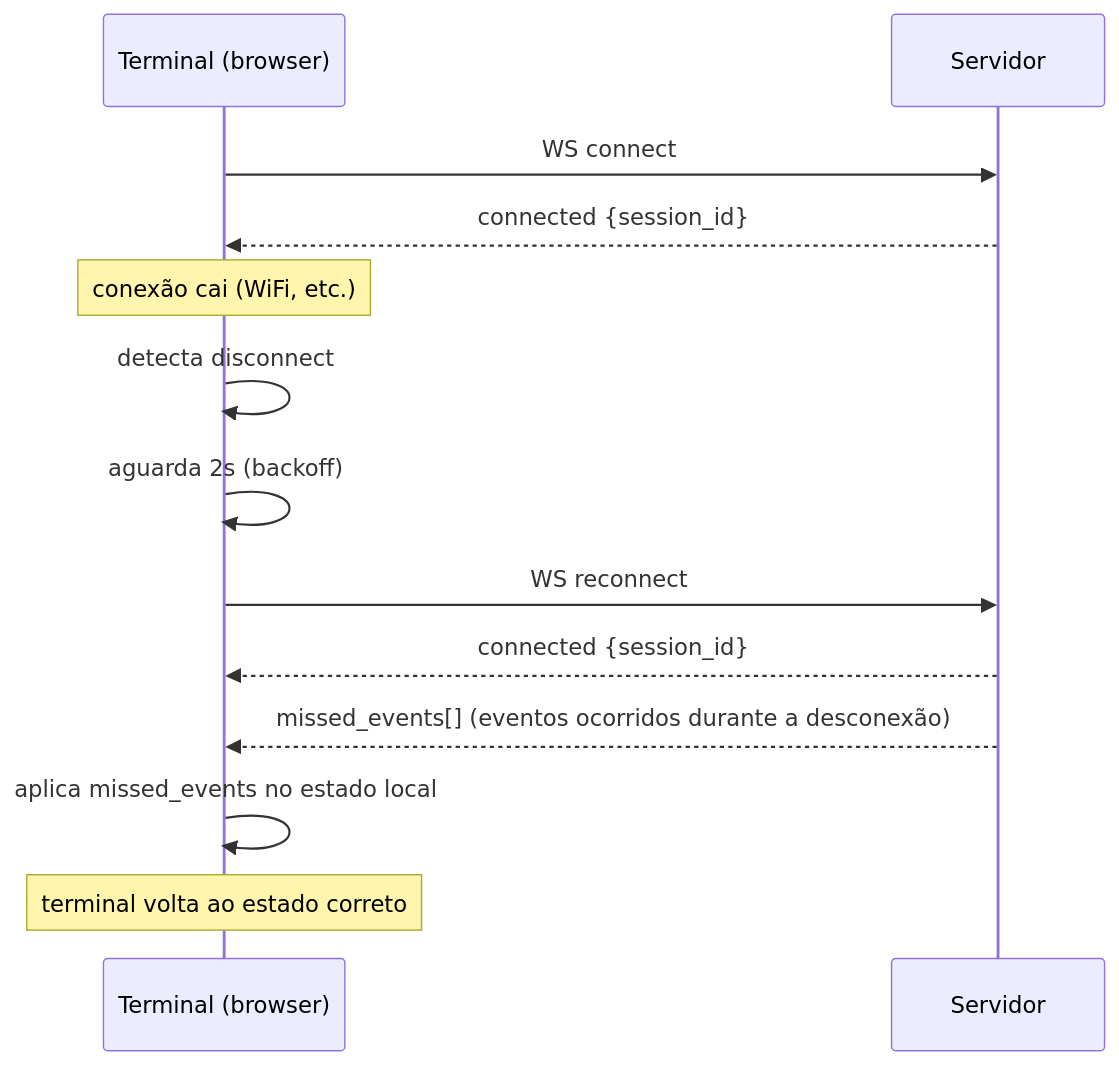
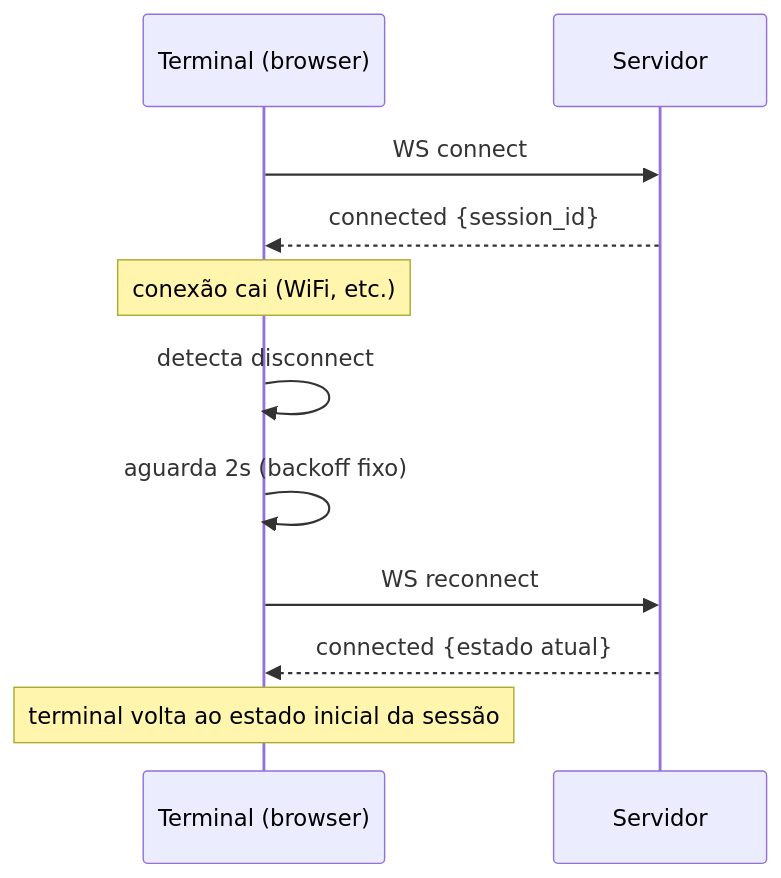
Before and after one commit to fiorionrails/feira-da-troca: the fourth of 5 diagrams in docs/diagrams/sequence.md, drawn with Mermaid. The commit also changed other lines of this file and 27 other files, not shown here.

````diff
--- a/docs/diagrams/sequence.md
+++ b/docs/diagrams/sequence.md
@@ -117,19 +117,17 @@
 ```mermaid
 sequenceDiagram
     participant WS as Terminal (browser)
     participant API as Servidor
 
     WS->>API: WS connect
     API-->>WS: connected {session_id}
     
     Note over WS: conexão cai (WiFi, etc.)
     
     WS->>WS: detecta disconnect
-    WS->>WS: aguarda 2s (backoff)
+    WS->>WS: aguarda 2s (backoff fixo)
     WS->>API: WS reconnect
-    API-->>WS: connected {session_id}
-    API-->>WS: missed_events[] (eventos ocorridos durante a desconexão)
-    WS->>WS: aplica missed_events no estado local
+    API-->>WS: connected {estado atual}
     
-    Note over WS: terminal volta ao estado correto
+    Note over WS: terminal volta ao estado inicial da sessão
 ```
````
